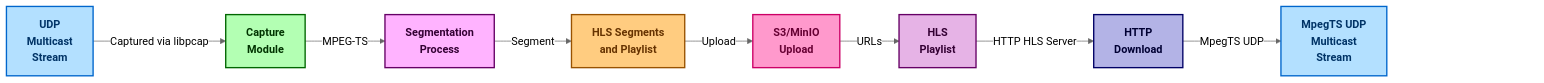
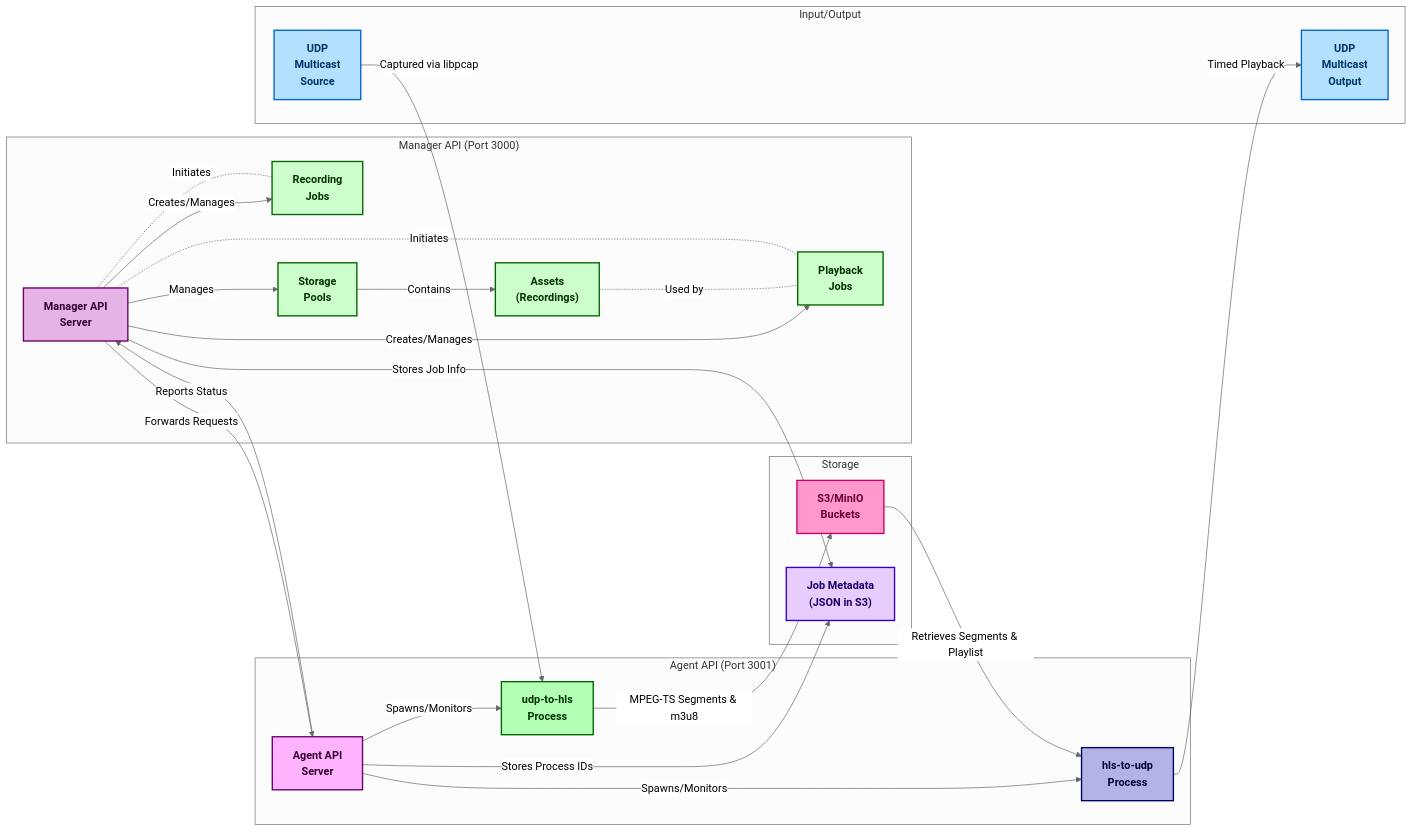
One commit to groovybits/mpegts_to_s3 changed the diagram in README.md. Above: the diagram before and after it, drawn with Mermaid (neutral theme). The commit also changed other lines of this file and 5 other files, not shown here.

````diff
--- a/README.md
+++ b/README.md
@@ -7,23 +7,65 @@
 ```mermaid
 graph LR
-    A["UDP<br/>Multicast<br/>Stream"] -->|"Captured via libpcap"| B["Capture<br/>Module"]
-    B -->|"MPEG-TS"| C["Segmentation<br/>Process"]
-    C -->|"Segment"| D["HLS Segments<br/>and Playlist"]
-    D -->|"Upload"| E["S3/MinIO<br/>Upload"]
-    E -->|"URLs"| F["HLS<br/>Playlist"]
-    F -->|"HTTP HLS Server"| G["HTTP<br/>Download"]
-    G -->|"MpegTS UDP"| H["MpegTS UDP<br/>Multicast<br/>Stream"]
-    H ~~~ Z1[" "]
-    Z1 ~~~ Z2[" "]
+    subgraph "Input/Output"
+        UDPIN["UDP<br/>Multicast<br/>Source"]
+        UDPOUT["UDP<br/>Multicast<br/>Output"]
+    end
 
-    style A fill:#b3e0ff,stroke:#0066cc,stroke-width:2px,color:#003366,font-weight:bold
-    style B fill:#b3ffb3,stroke:#006600,stroke-width:2px,color:#003300,font-weight:bold
-    style C fill:#ffb3ff,stroke:#660066,stroke-width:2px,color:#330033,font-weight:bold
-    style D fill:#ffcc80,stroke:#995200,stroke-width:2px,color:#663300,font-weight:bold
-    style E fill:#ff99cc,stroke:#cc0066,stroke-width:2px,color:#660033,font-weight:bold
-    style F fill:#e6b3e6,stroke:#660066,stroke-width:2px,color:#330033,font-weight:bold
-    style G fill:#b3b3e6,stroke:#000066,stroke-width:2px,color:#000033,font-weight:bold
-    style H fill:#b3e0ff,stroke:#0066cc,stroke-width:2px,color:#003366,font-weight:bold
-    style Z1 fill:none,stroke:none,color:transparent
-    style Z2 fill:none,stroke:none,color:transparent
+    subgraph "Manager API (Port 3000)"
+        MAPI["Manager API<br/>Server"]
+        REC["Recording<br/>Jobs"]
+        PB["Playback<br/>Jobs"]
+        POOL["Storage<br/>Pools"]
+        ASSET["Assets<br/>(Recordings)"]
+        
+        MAPI --> |"Creates/Manages"| REC
+        MAPI --> |"Creates/Manages"| PB
+        MAPI --> |"Manages"| POOL
+        POOL --> |"Contains"| ASSET
+    end
+
+    subgraph "Storage"
+        S3["S3/MinIO<br/>Buckets"]
+        META["Job Metadata<br/>(JSON in S3)"]
+    end
+
+    subgraph "Agent API (Port 3001)"
+        AAPI["Agent API<br/>Server"]
+        UHL["udp-to-hls<br/>Process"]
+        HLU["hls-to-udp<br/>Process"]
+        
+        AAPI --> |"Spawns/Monitors"| UHL
+        AAPI --> |"Spawns/Monitors"| HLU
+    end
+
+    %% Recording Flow
+    UDPIN --> |"Captured via libpcap"| UHL
+    UHL --> |"MPEG-TS Segments & m3u8"| S3
+    
+    %% Playback Flow
+    S3 --> |"Retrieves Segments & Playlist"| HLU
+    HLU --> |"Timed Playback"| UDPOUT
+    
+    %% Job Control
+    MAPI --> |"Forwards Requests"| AAPI
+    MAPI --> |"Stores Job Info"| META
+    AAPI --> |"Reports Status"| MAPI
+    AAPI --> |"Stores Process IDs"| META
+    
+    REC -.- |"Initiates"| MAPI
+    PB -.- |"Initiates"| MAPI
+    ASSET -.- |"Used by"| PB
+    
+    style UDPIN fill:#b3e0ff,stroke:#0066cc,stroke-width:2px,color:#003366,font-weight:bold
+    style UDPOUT fill:#b3e0ff,stroke:#0066cc,stroke-width:2px,color:#003366,font-weight:bold
+    style UHL fill:#b3ffb3,stroke:#006600,stroke-width:2px,color:#003300,font-weight:bold
+    style HLU fill:#b3b3e6,stroke:#000066,stroke-width:2px,color:#000033,font-weight:bold
+    style S3 fill:#ff99cc,stroke:#cc0066,stroke-width:2px,color:#660033,font-weight:bold
+    style META fill:#e6ccff,stroke:#3300cc,stroke-width:2px,color:#1a0066,font-weight:bold
+    style MAPI fill:#e6b3e6,stroke:#660066,stroke-width:2px,color:#330033,font-weight:bold
+    style AAPI fill:#ffb3ff,stroke:#660066,stroke-width:2px,color:#330033,font-weight:bold
+    style REC fill:#ccffcc,stroke:#006600,stroke-width:2px,color:#003300,font-weight:bold
+    style PB fill:#ccffcc,stroke:#006600,stroke-width:2px,color:#003300,font-weight:bold
+    style POOL fill:#ccffcc,stroke:#006600,stroke-width:2px,color:#003300,font-weight:bold
+    style ASSET fill:#ccffcc,stroke:#006600,stroke-width:2px,color:#003300,font-weight:bold
 ```
````
